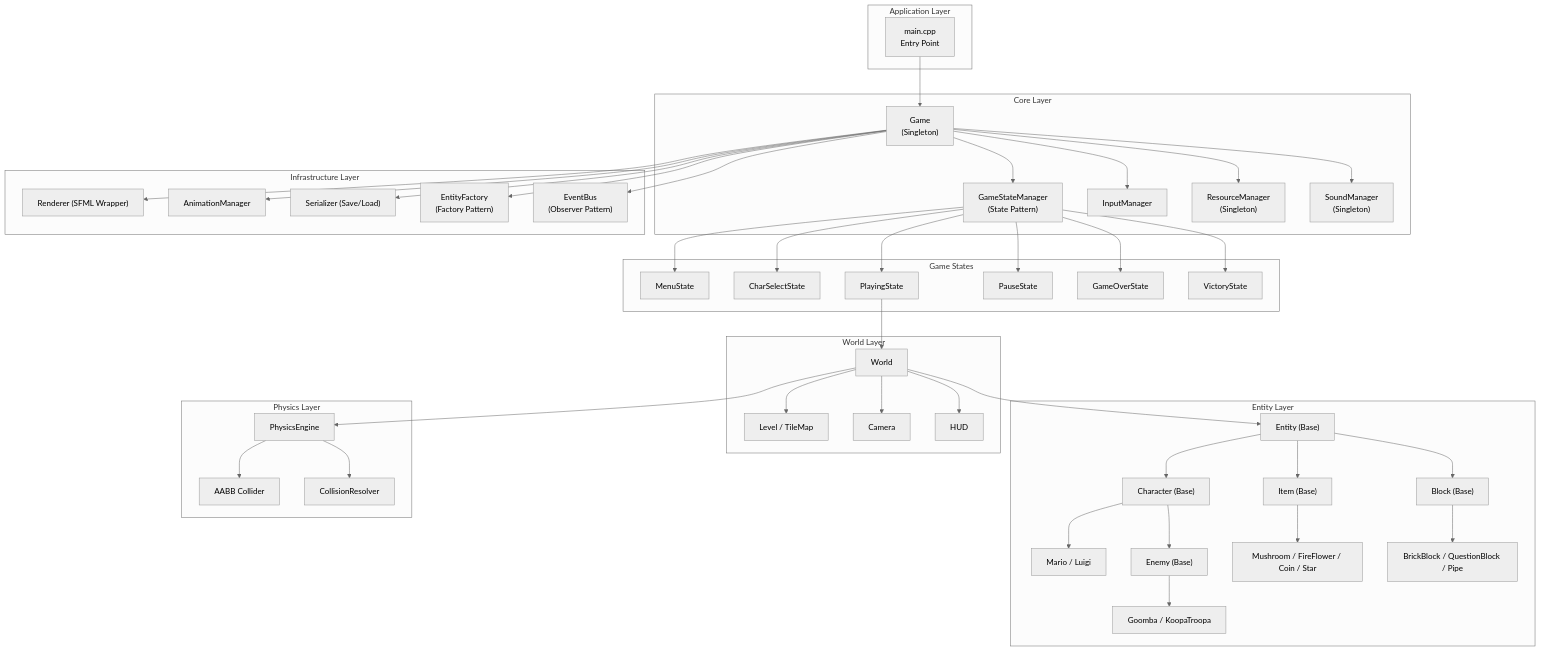
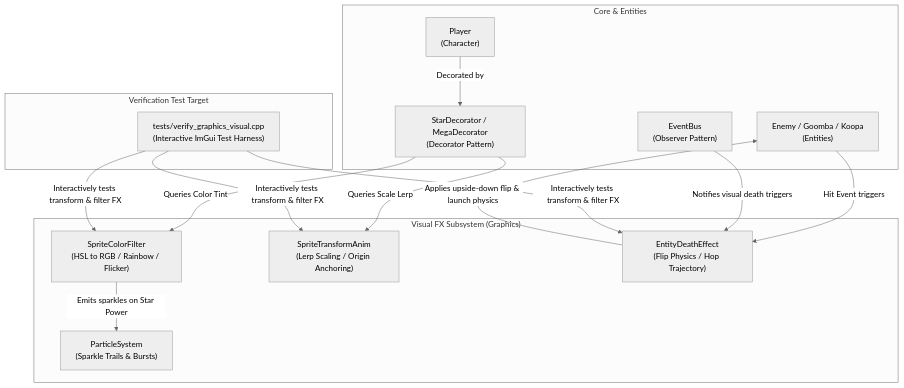
Before and after one commit to ndmhuy/SuperMarioGame: the diagram in implementation_plan.md, drawn with Mermaid (neutral theme). The commit also changed other lines of this file and 24 other files, not shown here.

````diff
--- a/implementation_plan.md
+++ b/implementation_plan.md
@@ -32,74 +29,29 @@
 ```mermaid
 graph TD
-    subgraph "Application Layer"
-        A["main.cpp<br/>Entry Point"]
+    subgraph "Core & Entities"
+        P["Player<br/>(Character)"]
+        E["Enemy / Goomba / Koopa<br/>(Entities)"]
+        SD["StarDecorator / MegaDecorator<br/>(Decorator Pattern)"]
+        EB["EventBus<br/>(Observer Pattern)"]
     end
 
-    subgraph "Core Layer"
-        B["Game<br/>(Singleton)"]
-        C["GameStateManager<br/>(State Pattern)"]
-        D["InputManager"]
-        E["ResourceManager<br/>(Singleton)"]
-        F["SoundManager<br/>(Singleton)"]
+    subgraph "Visual FX Subsystem (Graphics)"
+        SCF["SpriteColorFilter<br/>(HSL to RGB / Rainbow / Flicker)"]
+        STA["SpriteTransformAnim<br/>(Lerp Scaling / Origin Anchoring)"]
+        EDE["EntityDeathEffect<br/>(Flip Physics / Hop Trajectory)"]
+        PS["ParticleSystem<br/>(Sparkle Trails & Bursts)"]
     end
 
-    subgraph "Game States"
-        G["MenuState"]
-        H["CharSelectState"]
-        I["PlayingState"]
-        J["PauseState"]
-        K["GameOverState"]
-        L["VictoryState"]
+    subgraph "Verification Test Target"
+        TEST["tests/verify_graphics_visual.cpp<br/>(Interactive ImGui Test Harness)"]
     end
 
-    subgraph "World Layer"
-        M["World"]
-        N["Level / TileMap"]
-        O["Camera"]
-        P["HUD"]
-    end
-
-    subgraph "Entity Layer"
-        Q["Entity (Base)"]
-        R["Character (Base)"]
-        S["Mario / Luigi"]
-        T["Enemy (Base)"]
-        U["Goomba / KoopaTroopa"]
-        V["Item (Base)"]
-        W["Mushroom / FireFlower / Coin / Star"]
-        X["Block (Base)"]
-        Y["BrickBlock / QuestionBlock / Pipe"]
-    end
-
-    subgraph "Physics Layer"
-        Z["PhysicsEngine"]
-        AA["AABB Collider"]
-        AB["CollisionResolver"]
-    end
-
-    subgraph "Infrastructure Layer"
-        AC["Renderer (SFML Wrapper)"]
-        AD["AnimationManager"]
-        AE["Serializer (Save/Load)"]
-        AF["EntityFactory<br/>(Factory Pattern)"]
-        AG["EventBus<br/>(Observer Pattern)"]
-    end
-
-    A --> B
-    B --> C
-    B --> D
-    B --> E
-    B --> F
-    C --> G & H & I & J & K & L
-    I --> M
-    M --> N & O & P
-    M --> Q
-    Q --> R & V & X
-    R --> S & T
-    T --> U
-    V --> W
-    X --> Y
-    M --> Z
-    Z --> AA & AB
-    B --> AC & AD & AE & AF & AG
+    P -- "Decorated by" --> SD
+    SD -- "Queries Color Tint" --> SCF
+    SD -- "Queries Scale Lerp" --> STA
+    E -- "Hit Event triggers" --> EDE
+    EDE -- "Applies upside-down flip & launch physics" --> E
+    SCF -- "Emits sparkles on Star Power" --> PS
+    EB -- "Notifies visual death triggers" --> EDE
+    TEST -- "Interactively tests transform & filter FX" --> SCF & STA & EDE
 ```
````
